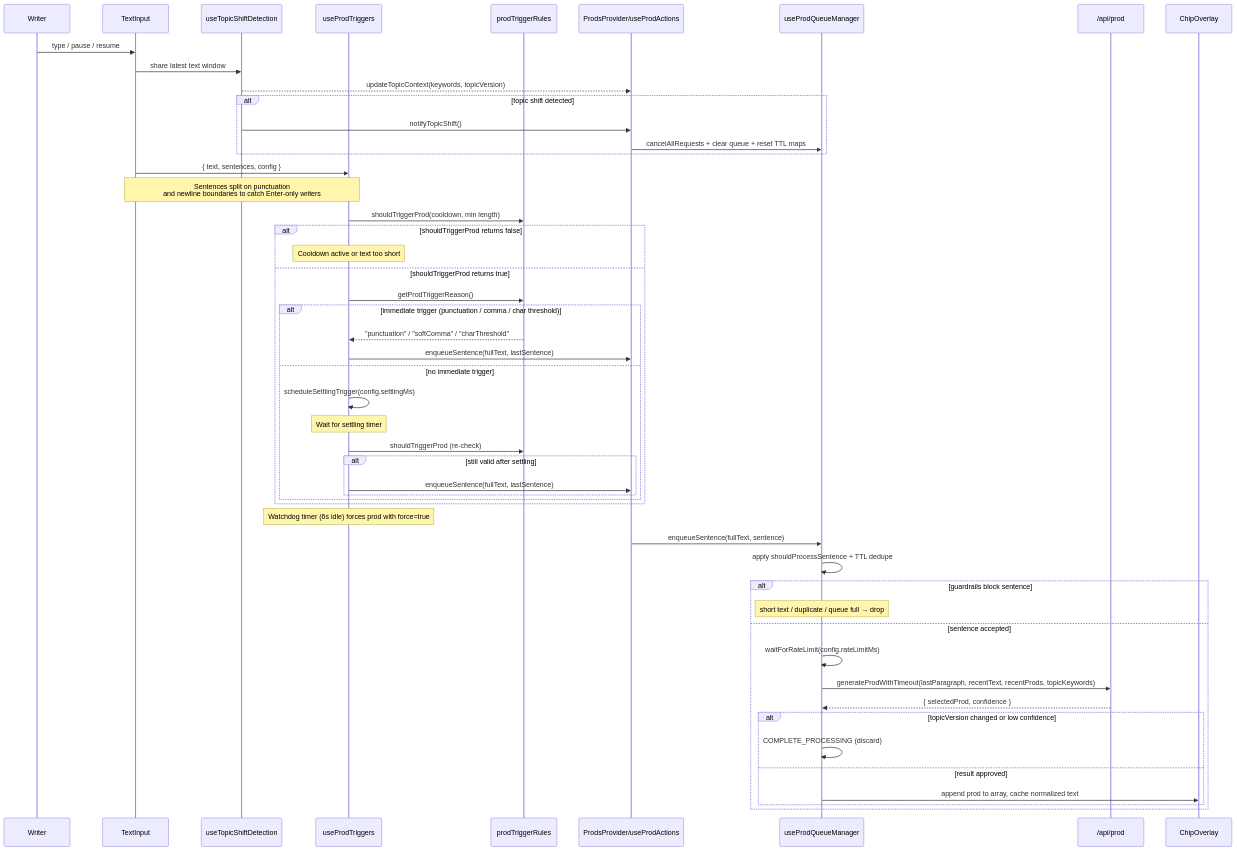
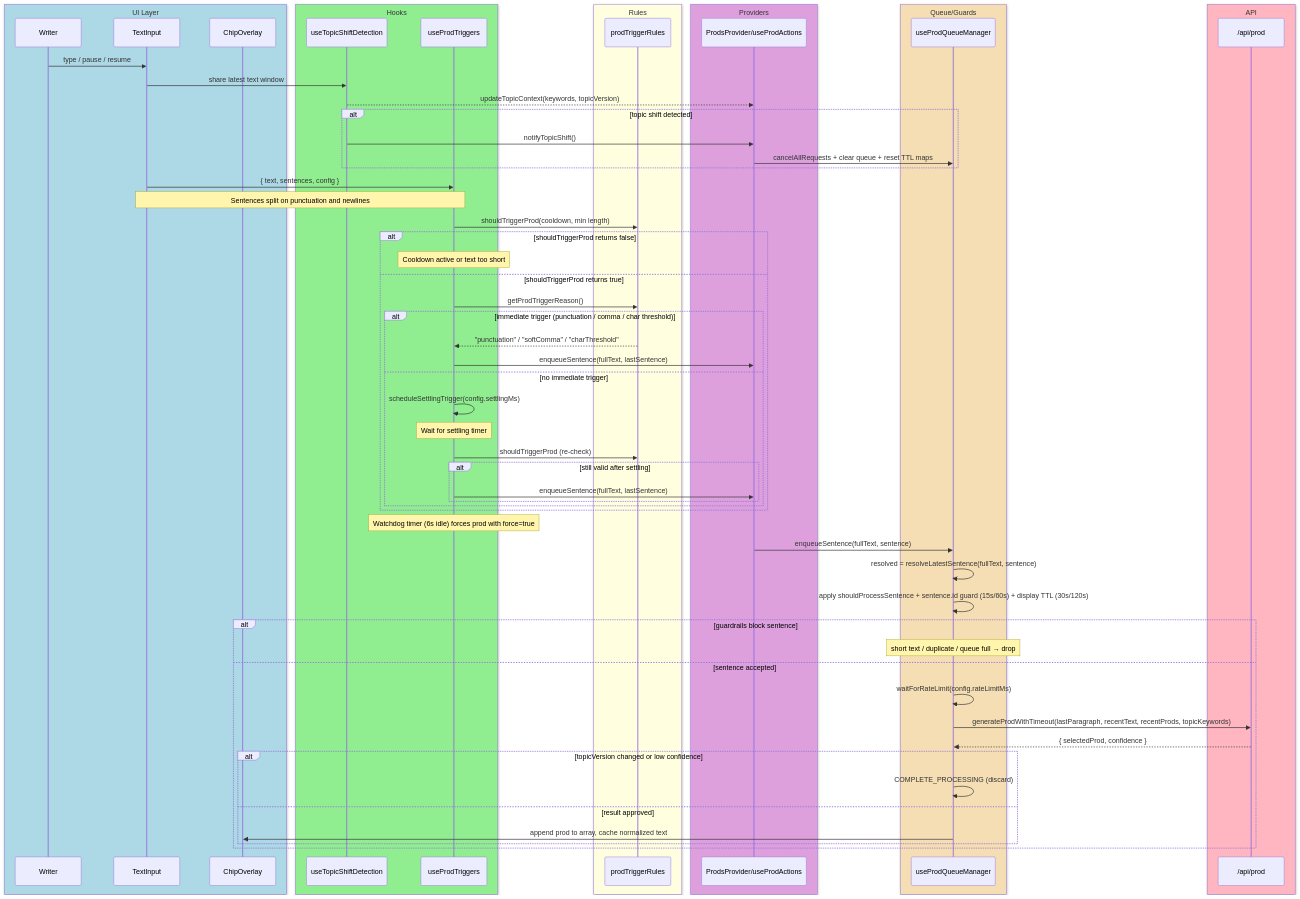
Before and after one commit to andreicstoica/refract: the diagram in docs/diagrams/prod-triggers.mmd, drawn with Mermaid. The commit also changed 4 other files, not shown here.

```diff
--- a/docs/diagrams/prod-triggers.mmd
+++ b/docs/diagrams/prod-triggers.mmd
@@ -1,63 +1,76 @@
 sequenceDiagram
-  participant Writer
-  participant TextInput
-  participant Topic as useTopicShiftDetection
-  participant Triggers as useProdTriggers
-  participant Rules as prodTriggerRules
-  participant Actions as ProdsProvider/useProdActions
-  participant Guards as useProdQueueManager
-  participant API as /api/prod
-  participant Chips as ChipOverlay
+  box lightblue UI Layer
+    participant Writer
+    participant TextInput
+    participant Chips as ChipOverlay
+  end
+  box lightgreen Hooks
+    participant Topic as useTopicShiftDetection
+    participant Triggers as useProdTriggers
+  end
+  box lightyellow Rules
+    participant Rules as prodTriggerRules
+  end
+  box plum Providers
+    participant Actions as ProdsProvider/useProdActions
+  end
+  box wheat Queue/Guards
+    participant Guards as useProdQueueManager
+  end
+  box lightpink API
+    participant API as /api/prod
+  end
 
   Writer->>TextInput: type / pause / resume
   TextInput->>Topic: share latest text window
   
   Topic-->>Actions: updateTopicContext(keywords, topicVersion)
   
   alt topic shift detected
     Topic->>Actions: notifyTopicShift()
     Actions->>Guards: cancelAllRequests + clear queue + reset TTL maps
   end
   
   TextInput->>Triggers: { text, sentences, config }
-  Note over TextInput,Triggers: Sentences split on punctuation<br>and newline boundaries to catch Enter-only writers
+  Note over TextInput,Triggers: Sentences split on punctuation and newlines
   
   Triggers->>Rules: shouldTriggerProd(cooldown, min length)
   
   alt shouldTriggerProd returns false
     Note over Triggers: Cooldown active or text too short
   else shouldTriggerProd returns true
     Triggers->>Rules: getProdTriggerReason()
     
     alt immediate trigger (punctuation / comma / char threshold)
       Rules-->>Triggers: "punctuation" / "softComma" / "charThreshold"
       Triggers->>Actions: enqueueSentence(fullText, lastSentence)
     else no immediate trigger
       Triggers->>Triggers: scheduleSettlingTrigger(config.settlingMs)
       Note over Triggers: Wait for settling timer
       Triggers->>Rules: shouldTriggerProd (re-check)
       alt still valid after settling
         Triggers->>Actions: enqueueSentence(fullText, lastSentence)
       end
     end
   end
   
   Note over Triggers: Watchdog timer (6s idle) forces prod with force=true
   
   Actions->>Guards: enqueueSentence(fullText, sentence)
   
-  Guards->>Guards: apply shouldProcessSentence + TTL dedupe
+  Guards->>Guards: resolved = resolveLatestSentence(fullText, sentence)
+  Guards->>Guards: apply shouldProcessSentence + sentence.id guard (15s/60s) + display TTL (30s/120s)
   
   alt guardrails block sentence
     Note over Guards: short text / duplicate / queue full → drop
   else sentence accepted
     Guards->>Guards: waitForRateLimit(config.rateLimitMs)
     Guards->>API: generateProdWithTimeout(lastParagraph, recentText, recentProds, topicKeywords)
     API-->>Guards: { selectedProd, confidence }
     
     alt topicVersion changed or low confidence
       Guards->>Guards: COMPLETE_PROCESSING (discard)
     else result approved
       Guards->>Chips: append prod to array, cache normalized text
     end
   end
```
